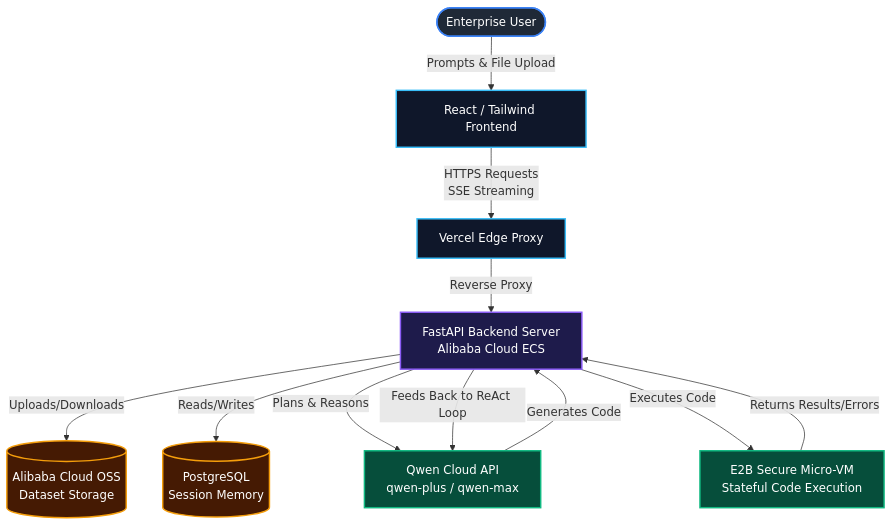
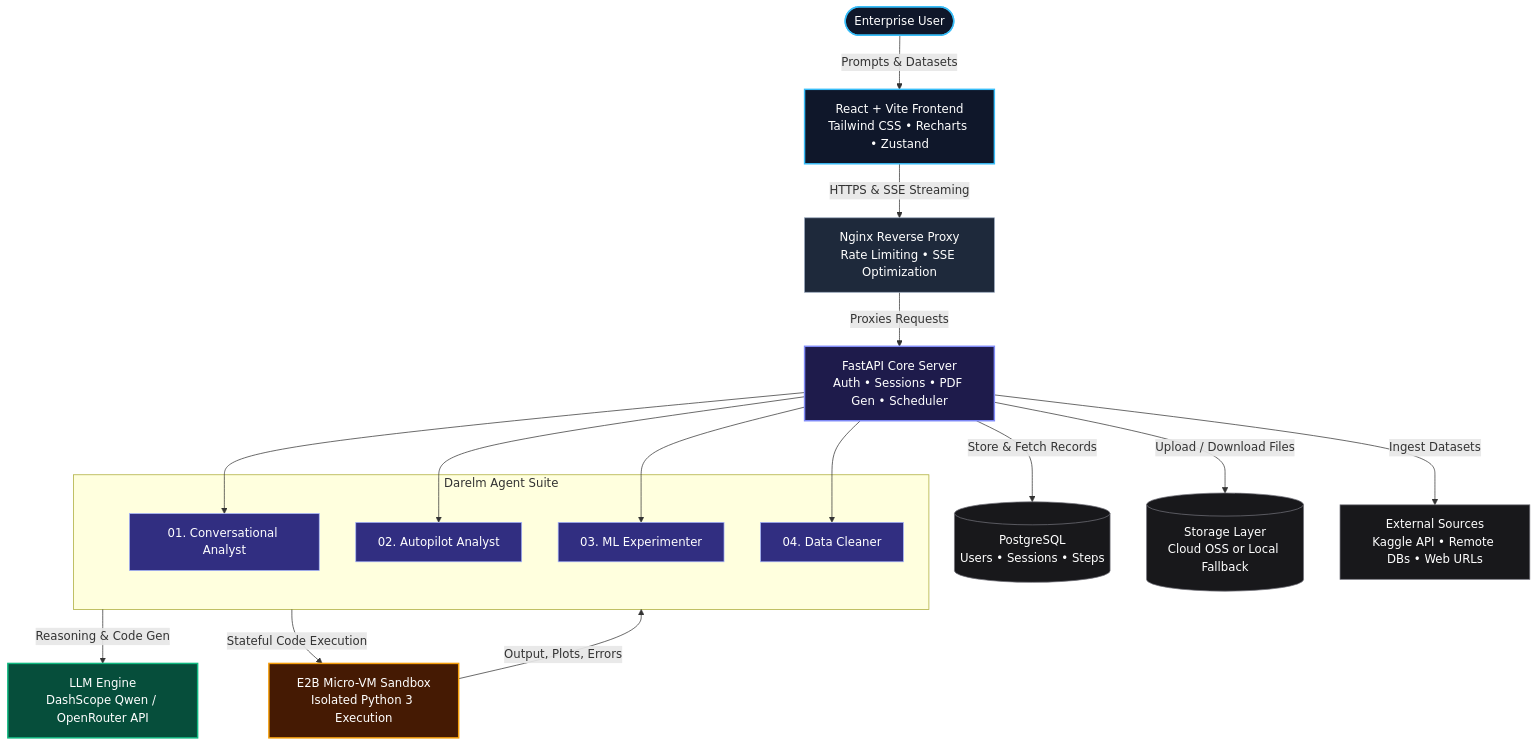
The diagram in README.md (Danchi-1/Darelm), drawn with Mermaid before and after one commit. The commit also changed other lines of this file, not shown here.

Commit message:
docs: updated darelm's documentation

````diff
--- a/README.md
+++ b/README.md
@@ -54,36 +115,45 @@
 ```mermaid
 graph TD
-    %% Define Styles
-    classDef client fill:#1f2937,stroke:#3b82f6,stroke-width:2px,color:#fff
-    classDef frontend fill:#0f172a,stroke:#38bdf8,stroke-width:2px,color:#fff
-    classDef backend fill:#1e1b4b,stroke:#8b5cf6,stroke-width:2px,color:#fff
-    classDef ai fill:#064e3b,stroke:#10b981,stroke-width:2px,color:#fff
-    classDef data fill:#451a03,stroke:#f59e0b,stroke-width:2px,color:#fff
-    
-    %% Nodes
+    %% Styling
+    classDef client fill:#0f172a,stroke:#38bdf8,stroke-width:2px,color:#fff
+    classDef proxy fill:#1e293b,stroke:#94a3b8,stroke-width:1px,color:#fff
+    classDef backend fill:#1e1b4b,stroke:#818cf8,stroke-width:2px,color:#fff
+    classDef agents fill:#312e81,stroke:#a5b4fc,stroke-width:1px,color:#fff
+    classDef sandbox fill:#451a03,stroke:#f59e0b,stroke-width:2px,color:#fff
+    classDef llm fill:#064e3b,stroke:#10b981,stroke-width:2px,color:#fff
+    classDef storage fill:#18181b,stroke:#71717a,stroke-width:1px,color:#fff
+
     User([Enterprise User]):::client
-    UI[React / Tailwind Frontend]:::frontend
-    Vercel[Vercel Edge Proxy]:::frontend
-    
-    FastAPI[FastAPI Backend Server\nAlibaba Cloud ECS]:::backend
-    
-    Qwen[Qwen Cloud API\nqwen-plus / qwen-max]:::ai
-    E2B[E2B Secure Micro-VM\nStateful Code Execution]:::ai
-    
-    OSS[(Alibaba Cloud OSS\nDataset Storage)]:::data
-    DB[(PostgreSQL\nSession Memory)]:::data
-    
-    %% Connections
-    User -- Prompts & File Upload --> UI
-    UI -- HTTPS Requests\nSSE Streaming --> Vercel
-    Vercel -- Reverse Proxy --> FastAPI
-    
-    FastAPI -- Uploads/Downloads --> OSS
-    FastAPI -- Reads/Writes --> DB
-    
-    FastAPI -- "Plans & Reasons" --> Qwen
-    Qwen -- "Generates Code" --> FastAPI
-    FastAPI -- "Executes Code" --> E2B
-    E2B -- "Returns Results/Errors" --> FastAPI
-    FastAPI -- "Feeds Back to ReAct Loop" --> Qwen
+    UI[React + Vite Frontend\nTailwind CSS • Recharts • Zustand]:::client
+    Nginx[Nginx Reverse Proxy\nRate Limiting • SSE Optimization]:::proxy
+
+    FastAPI[FastAPI Core Server\nAuth • Sessions • PDF Gen • Scheduler]:::backend
+
+    subgraph Agents [Darelm Agent Suite]
+        A1[01. Conversational Analyst]:::agents
+        A2[02. Autopilot Analyst]:::agents
+        A3[03. ML Experimenter]:::agents
+        A4[04. Data Cleaner]:::agents
+    end
+
+    LLM[LLM Engine\nDashScope Qwen / OpenRouter API]:::llm
+    E2B[E2B Micro-VM Sandbox\nIsolated Python 3 Execution]:::sandbox
+
+    DB[(PostgreSQL\nUsers • Sessions • Steps)]:::storage
+    Storage[(Storage Layer\nCloud OSS or Local Fallback)]:::storage
+    External[External Sources\nKaggle API • Remote DBs • Web URLs]:::storage
+
+    %% Flows
+    User -->|Prompts & Datasets| UI
+    UI -->|HTTPS & SSE Streaming| Nginx
+    Nginx -->|Proxies Requests| FastAPI
+
+    FastAPI --> A1 & A2 & A3 & A4
+    Agents -->|Reasoning & Code Gen| LLM
+    Agents -->|Stateful Code Execution| E2B
+    E2B -->|Output, Plots, Errors| Agents
+
+    FastAPI -->|Store & Fetch Records| DB
+    FastAPI -->|Upload / Download Files| Storage
+    FastAPI -->|Ingest Datasets| External
 ```
````
